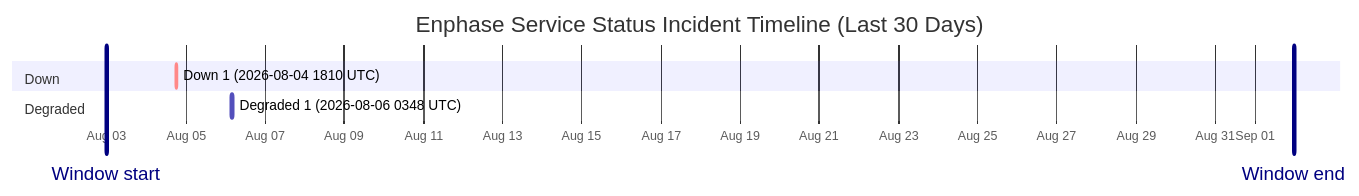
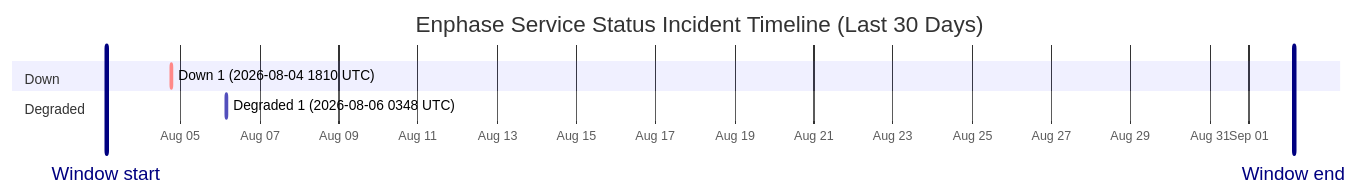
One commit to barneyonline/ha-enphase-energy changed the diagram in wiki/Service-Status-History.md. Above: the diagram before and after it, drawn with Mermaid. The commit also changed other lines of this file and 3 other files, not shown here.

````diff
--- a/wiki/Service-Status-History.md
+++ b/wiki/Service-Status-History.md
@@ -14,12 +14,12 @@
 ```mermaid
 gantt
     title Enphase Service Status Incident Timeline (Last 30 Days)
     dateFormat  YYYY-MM-DDTHH:mm:ss
     axisFormat  %b %d
-    Window start :vert, window-start, 2026-08-02T23:47:46, 0ms
-    Window end :vert, window-end, 2026-09-01T23:47:46, 0ms
+    Window start :vert, window-start, 2026-08-03T02:58:27, 0ms
+    Window end :vert, window-end, 2026-09-02T02:58:27, 0ms
     section Down
     Down 1 (2026-08-04 1810 UTC) :crit, down-1, 2026-08-04T18:10:46, 60m
     section Degraded
     Degraded 1 (2026-08-06 0348 UTC) :active, degraded-1, 2026-08-06T03:48:14, 60m
 ```
````
